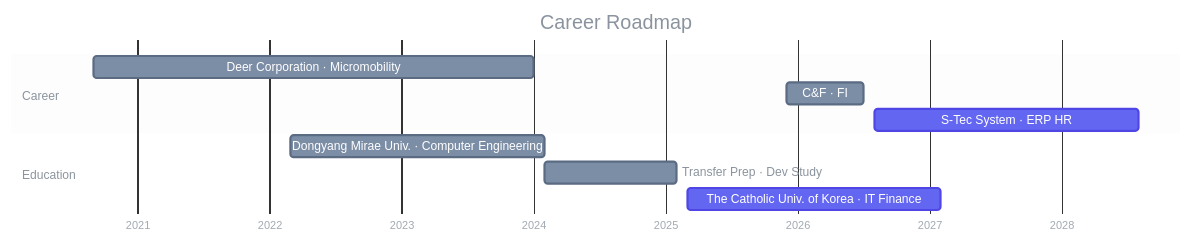
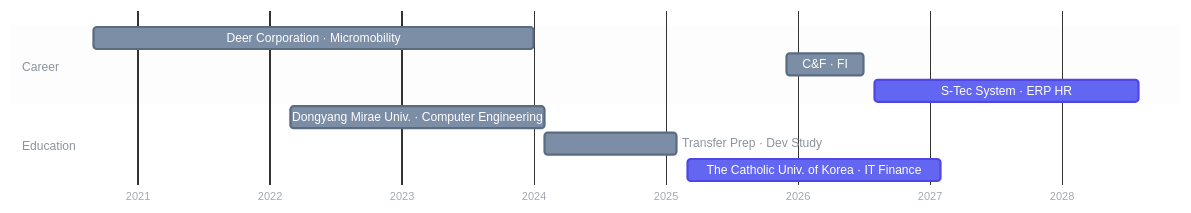
Before and after one commit to Hwasowl/Hwasowl: the diagram in README.md, drawn with Mermaid. The commit also changed other lines of this file, not shown here.

````diff
--- a/README.md
+++ b/README.md
@@ -1,35 +15,32 @@
 ```mermaid
 %%{init: {'theme':'base', 'themeVariables': {
   'fontFamily': '-apple-system, Segoe UI, sans-serif',
   'sectionBkgColor': 'rgba(139,148,158,0.08)',
   'altSectionBkgColor': 'rgba(139,148,158,0.02)',
   'gridColor': 'rgba(139,148,158,0.35)',
   'doneTaskBkgColor': '#7C8DA6',
   'doneTaskBorderColor': '#5B6B82',
   'activeTaskBkgColor': '#6366F1',
   'activeTaskBorderColor': '#4F46E5',
   'taskTextColor': '#FFFFFF',
   'taskTextDarkColor': '#FFFFFF',
   'taskTextLightColor': '#FFFFFF',
   'taskTextOutsideColor': '#8B949E',
   'sectionTitleColor': '#8B949E',
   'titleColor': '#8B949E',
   'textColor': '#8B949E',
   'todayLineColor': '#F43F5E'
 }}}%%
 gantt
-    title Career Roadmap
     dateFormat YYYY-MM
     axisFormat %Y
     tickInterval 1year
-
     section Career
     Deer Corporation · Micromobility  :done,   2020-09, 2024-01
     C&F · FI                          :done,   2025-12, 2026-07
     S-Tec System · ERP HR             :active, 2026-08, 2028-08
-
     section Education
     Dongyang Mirae Univ. · Computer Engineering :done,   2022-03, 2024-02
     Transfer Prep · Dev Study                   :done,   2024-02, 2025-02
     The Catholic Univ. of Korea · IT Finance    :active, 2025-03, 2027-02
 ```
````
